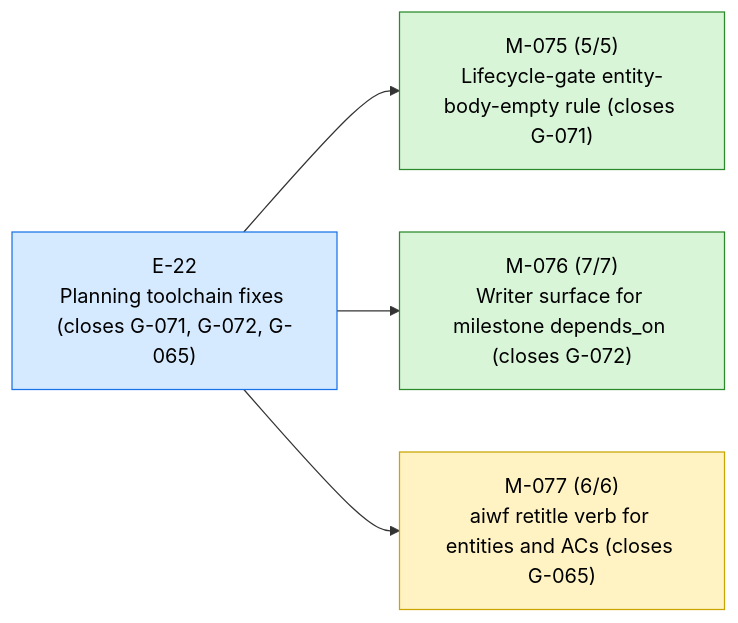
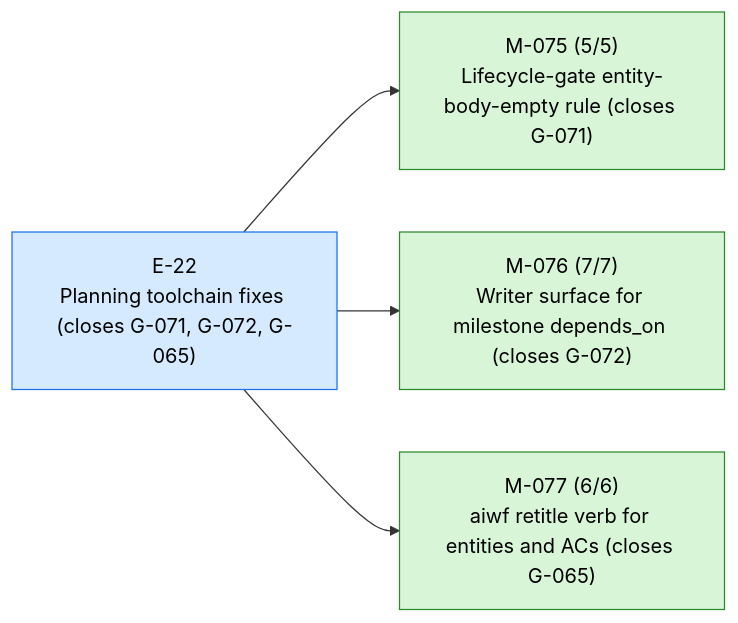
The first of 3 diagrams in STATUS.md (23min/aiwf), drawn with Mermaid before and after one commit. The commit also changed other lines of this file and 1 other file, not shown here.

First line of the commit message:
aiwf promote M-077 in_progress -> done

````diff
--- a/STATUS.md
+++ b/STATUS.md
@@ -13,16 +13,16 @@
 ```mermaid
 flowchart LR
   E_22["E-22<br/>Planning toolchain fixes (closes G-071, G-072, G-065)"]:::epic_active
   M_075["M-075 (5/5)<br/>Lifecycle-gate entity-body-empty rule (closes G-071)"]:::ms_done
   E_22 --> M_075
   M_076["M-076 (7/7)<br/>Writer surface for milestone depends_on (closes G-072)"]:::ms_done
   E_22 --> M_076
-  M_077["M-077 (6/6)<br/>aiwf retitle verb for entities and ACs (closes G-065)"]:::ms_in_progress
+  M_077["M-077 (6/6)<br/>aiwf retitle verb for entities and ACs (closes G-065)"]:::ms_done
   E_22 --> M_077
   classDef epic_active fill:#d6eaff,stroke:#1a73e8,color:#000
   classDef epic_proposed fill:#f4f4f4,stroke:#888,color:#000
   classDef ms_done fill:#d8f5d8,stroke:#2a8a2a,color:#000
   classDef ms_in_progress fill:#fff3c4,stroke:#caa400,color:#000
   classDef ms_draft fill:#f4f4f4,stroke:#888,color:#000
   classDef ms_cancelled fill:#fbeaea,stroke:#c33,color:#000
 ```
````
